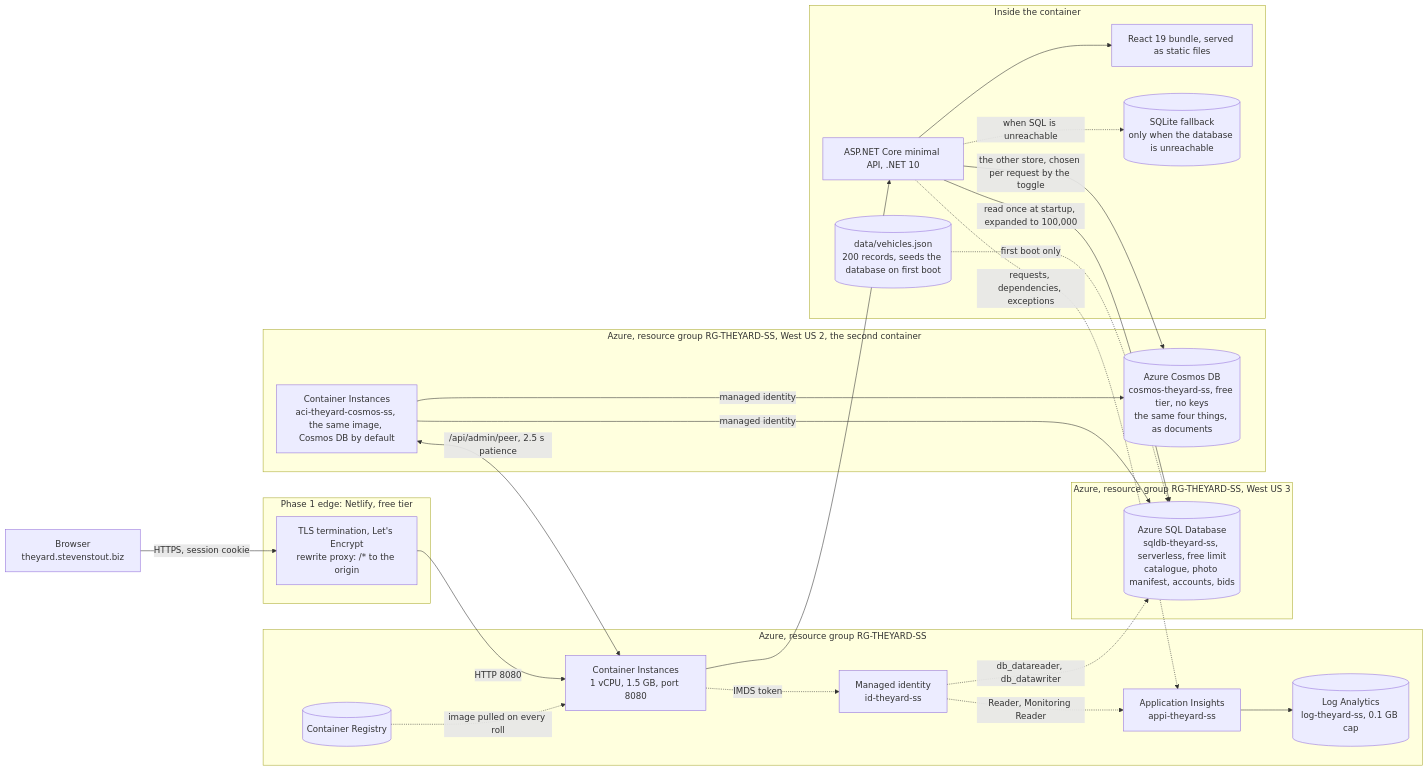
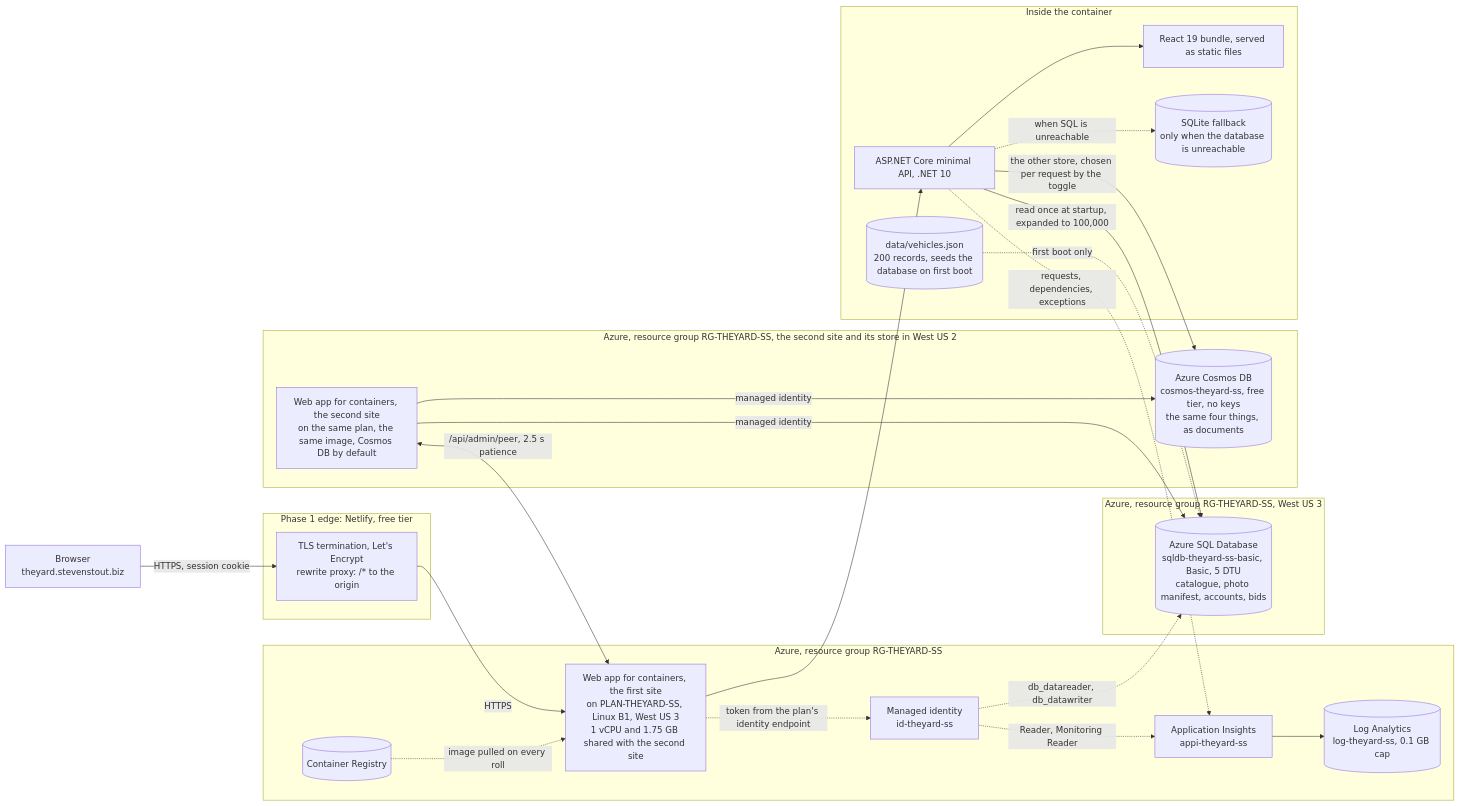
Before and after one commit to SteveStout/TheYard: the first of 3 diagrams in docs/ARCHITECTURE.md, drawn with Mermaid. The commit also changed 26 other files, not shown here.

````diff
--- a/docs/ARCHITECTURE.md
+++ b/docs/ARCHITECTURE.md
@@ -25,50 +25,50 @@
 ```mermaid
 flowchart LR
   B["Browser<br/>theyard.stevenstout.biz"]
 
   subgraph edge["Phase 1 edge: Netlify, free tier"]
     TLS["TLS termination, Let's Encrypt<br/>rewrite proxy: /* to the origin"]
   end
 
   subgraph azure["Azure, resource group RG-THEYARD-SS"]
-    ACI["Container Instances<br/>1 vCPU, 1.5 GB, port 8080"]
+    ACI["Web app for containers, the first site<br/>on PLAN-THEYARD-SS, Linux B1, West US 3<br/>1 vCPU and 1.75 GB shared with the second site"]
     ACR[("Container Registry")]
     MI["Managed identity<br/>id-theyard-ss"]
     AI["Application Insights<br/>appi-theyard-ss"]
     LAW[("Log Analytics<br/>log-theyard-ss, 0.1 GB cap")]
   end
 
   subgraph sql["Azure, resource group RG-THEYARD-SS, West US 3"]
-    SQL[("Azure SQL Database<br/>sqldb-theyard-ss, serverless, free limit<br/>catalogue, photo manifest, accounts, bids")]
+    SQL[("Azure SQL Database<br/>sqldb-theyard-ss-basic, Basic, 5 DTU<br/>catalogue, photo manifest, accounts, bids")]
   end
 
-  subgraph cosmos["Azure, resource group RG-THEYARD-SS, West US 2, the second container"]
-    ACI2["Container Instances<br/>aci-theyard-cosmos-ss, the same image, Cosmos DB by default"]
+  subgraph cosmos["Azure, resource group RG-THEYARD-SS, the second site and its store in West US 2"]
+    ACI2["Web app for containers, the second site<br/>on the same plan, the same image, Cosmos DB by default"]
     COSMOS[("Azure Cosmos DB<br/>cosmos-theyard-ss, free tier, no keys<br/>the same four things, as documents")]
     ACI2 -->|managed identity| COSMOS
     ACI2 -->|managed identity| SQL
     ACI2 <-->|/api/admin/peer, 2.5 s patience| ACI
   end
 
   subgraph box["Inside the container"]
     API["ASP.NET Core minimal API, .NET 10"]
     SPA["React 19 bundle, served as static files"]
     SEED[("data/vehicles.json<br/>200 records, seeds the database on first boot")]
     FILE[("SQLite fallback<br/>only when the database is unreachable")]
   end
 
   B -->|HTTPS, session cookie| TLS
-  TLS -->|HTTP 8080| ACI
+  TLS -->|HTTPS| ACI
   ACI --> API
   API --> SPA
   API -->|read once at startup, expanded to 100,000| SQL
   API -->|the other store, chosen per request by the toggle| COSMOS
   API -.->|when SQL is unreachable| FILE
   MI -.->|db_datareader, db_datawriter| SQL
   SEED -.->|first boot only| SQL
   ACR -.->|image pulled on every roll| ACI
-  ACI -.->|IMDS token| MI
+  ACI -.->|token from the plan's identity endpoint| MI
   MI -.->|Reader, Monitoring Reader| AI
   API -.->|requests, dependencies, exceptions| AI
   AI --> LAW
 ```
````
